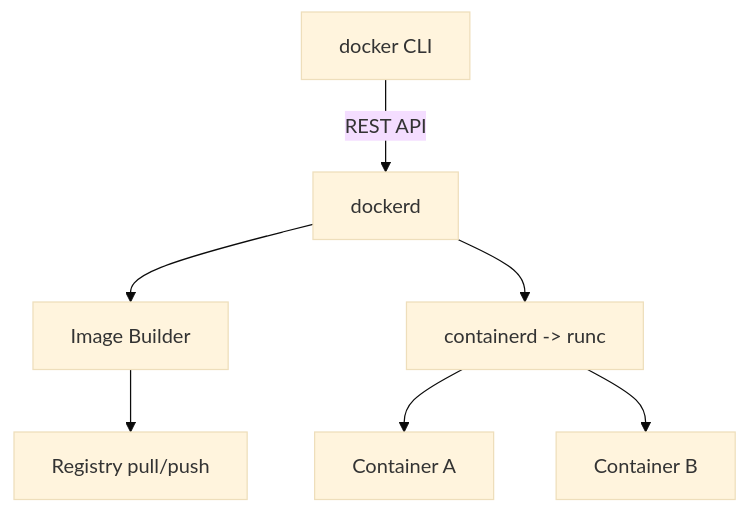
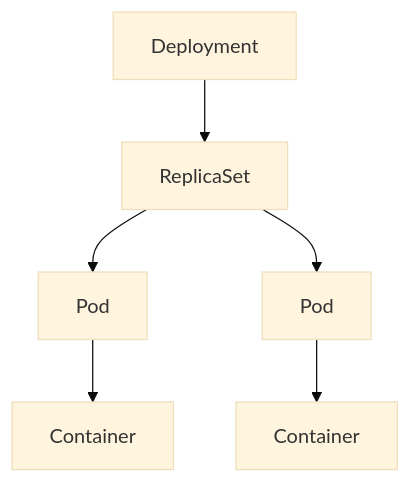
Before and after one commit to hareramcse/SystemDesign: the ninth of 24 diagrams in 11-cloud-and-kubernetes/README.md, drawn with Mermaid (base theme). The commit also changed other lines of this file, not shown here.

````diff
--- a/11-cloud-and-kubernetes/README.md
+++ b/11-cloud-and-kubernetes/README.md
@@ -857,9 +3535,8 @@
 ```mermaid
 flowchart TB
-    CLI[docker CLI] -->|REST API| Daemon[dockerd]
-    Daemon --> Builder[Image Builder]
-    Daemon --> Runtime[containerd -> runc]
-    Runtime --> C1[Container A]
-    Runtime --> C2[Container B]
-    Builder --> Reg[Registry pull/push]
+    Dep[Deployment] --> RS[ReplicaSet]
+    RS --> P1[Pod]
+    RS --> P2[Pod]
+    P1 --> C1[Container]
+    P2 --> C2[Container]
 ```
````
